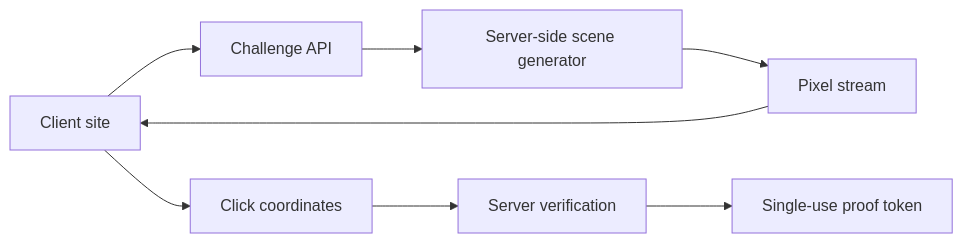
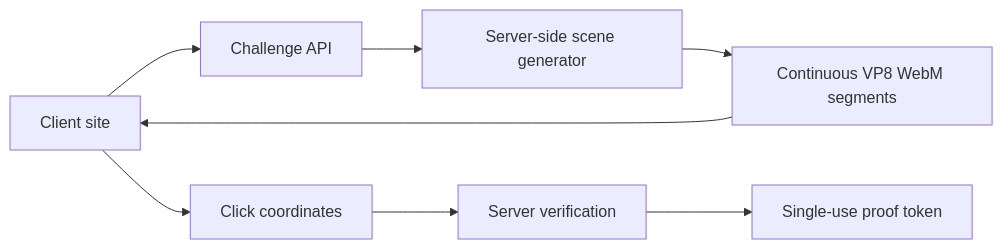
One commit to EgrIkvlv/WHOIZE-CAPTCHA changed the second of 2 diagrams in README.md. Above: the diagram before and after it, drawn with Mermaid. The commit also changed other lines of this file and 14 other files, not shown here.

Commit message:
Stream server CAPTCHA as continuous WebM

````diff
--- a/README.md
+++ b/README.md
@@ -217,10 +223,10 @@
 ```mermaid
 flowchart LR
     A[Client site] --> B[Challenge API]
     B --> C[Server-side scene generator]
-    C --> D[Pixel stream]
+    C --> D[Continuous VP8 WebM segments]
     D --> A
     A --> E[Click coordinates]
     E --> F[Server verification]
     F --> G[Single-use proof token]
 ```
````
